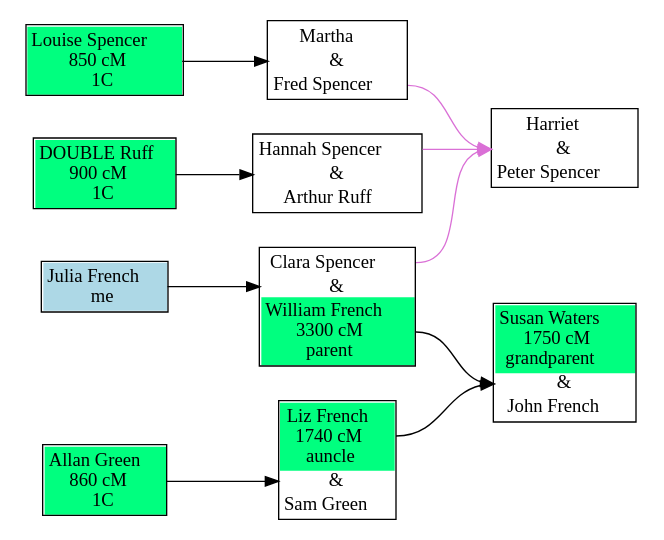
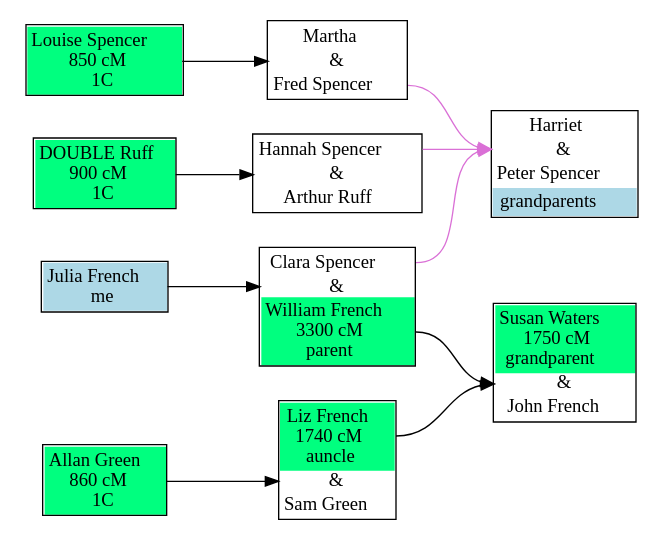
The diagram in test-data/double-cousins.dot (johnandrea/draw-dna-matches), drawn with Graphviz before and after one commit. The commit also changed 30 other files, not shown here.

```diff
--- a/test-data/double-cousins.dot
+++ b/test-data/double-cousins.dot
@@ -1,65 +1,66 @@
 digraph family {
 node [shape=plaintext];
 rankdir=LR;
 f2 [label=<
 <table cellpadding="3" border="1" cellspacing="0" cellborder="0">
 <tr><td port="w" bgcolor="springgreen">Susan Waters<br/>1750 cM<br/>grandparent</td></tr>
 <tr><td port="u" cellpadding="0" cellspacing="0">&amp;</td></tr>
 <tr><td port="h">John French</td></tr>
 </table>>];
 f3 [label=<
 <table cellpadding="3" border="1" cellspacing="0" cellborder="0">
 <tr><td port="w">Clara Spencer</td></tr>
 <tr><td port="u" cellpadding="0" cellspacing="0">&amp;</td></tr>
 <tr><td port="h" bgcolor="springgreen">William French<br/>3300 cM<br/>parent</td></tr>
 </table>>];
 f4 [label=<
 <table cellpadding="3" border="1" cellspacing="0" cellborder="0">
 <tr><td port="w" bgcolor="springgreen">Liz French<br/>1740 cM<br/>auncle</td></tr>
 <tr><td port="u" cellpadding="0" cellspacing="0">&amp;</td></tr>
 <tr><td port="h">Sam Green</td></tr>
 </table>>];
 f6 [label=<
 <table cellpadding="3" border="1" cellspacing="0" cellborder="0">
-<tr><td port="w">Harriet </td></tr>
+<tr><td port="w">Harriet</td></tr>
 <tr><td port="u" cellpadding="0" cellspacing="0">&amp;</td></tr>
 <tr><td port="h">Peter Spencer</td></tr>
+<tr><td bgcolor="lightblue">grandparents</td></tr>
 </table>>];
 f7 [label=<
 <table cellpadding="3" border="1" cellspacing="0" cellborder="0">
-<tr><td port="w">Martha </td></tr>
+<tr><td port="w">Martha</td></tr>
 <tr><td port="u" cellpadding="0" cellspacing="0">&amp;</td></tr>
 <tr><td port="h">Fred Spencer</td></tr>
 </table>>];
 f8 [label=<
 <table cellpadding="3" border="1" cellspacing="0" cellborder="0">
 <tr><td port="w">Hannah Spencer</td></tr>
 <tr><td port="u" cellpadding="0" cellspacing="0">&amp;</td></tr>
 <tr><td port="h">Arthur Ruff</td></tr>
 </table>>];
 i19 [label=<
 <table cellpadding="3" border="1" cellspacing="0" cellborder="0">
 <tr><td port="i" bgcolor="springgreen">DOUBLE Ruff<br/>900 cM<br/>1C</td></tr>
 </table>>];
-i10 [label=<
+i18 [label=<
 <table cellpadding="3" border="1" cellspacing="0" cellborder="0">
-<tr><td port="i" bgcolor="springgreen">Allan Green<br/>860 cM<br/>1C</td></tr>
+<tr><td port="i" bgcolor="springgreen">Louise Spencer<br/>850 cM<br/>1C</td></tr>
 </table>>];
 i7 [label=<
 <table cellpadding="3" border="1" cellspacing="0" cellborder="0">
 <tr><td port="i" bgcolor="lightblue">Julia French<br/>me</td></tr>
 </table>>];
-i18 [label=<
+i10 [label=<
 <table cellpadding="3" border="1" cellspacing="0" cellborder="0">
-<tr><td port="i" bgcolor="springgreen">Louise Spencer<br/>850 cM<br/>1C</td></tr>
+<tr><td port="i" bgcolor="springgreen">Allan Green<br/>860 cM<br/>1C</td></tr>
 </table>>];
 f3:w -> f6:u [color=orchid];
+f3:h -> f2:u;
 f8:w -> f6:u [color=orchid];
+i18:i -> f7:u;
 f4:w -> f2:u;
+i7:i -> f3:u;
 i19:i -> f8:u;
+f7:h -> f6:u [color=orchid];
 i10:i -> f4:u;
-i18:i -> f7:u;
-f7:h -> f6:u [color=orchid];
-f3:h -> f2:u;
-i7:i -> f3:u;
 }
```
